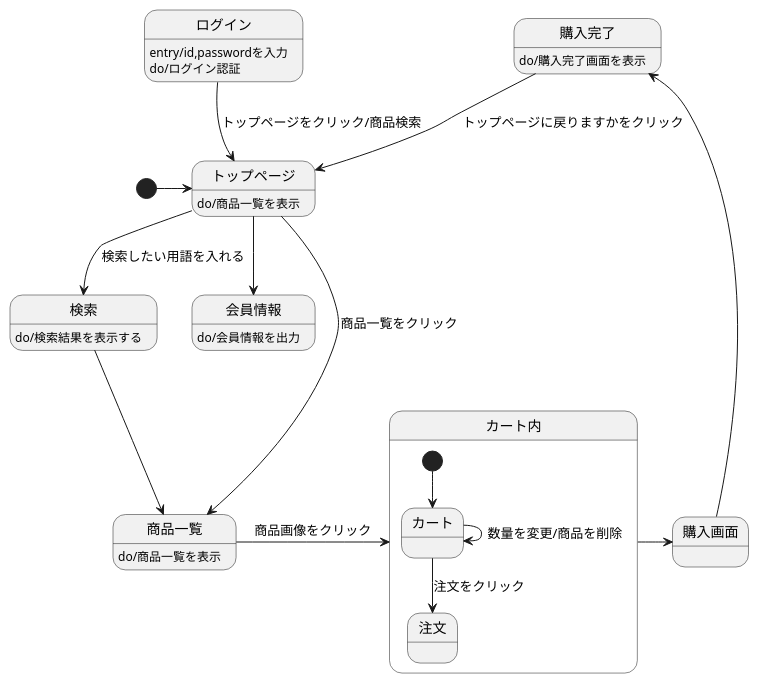
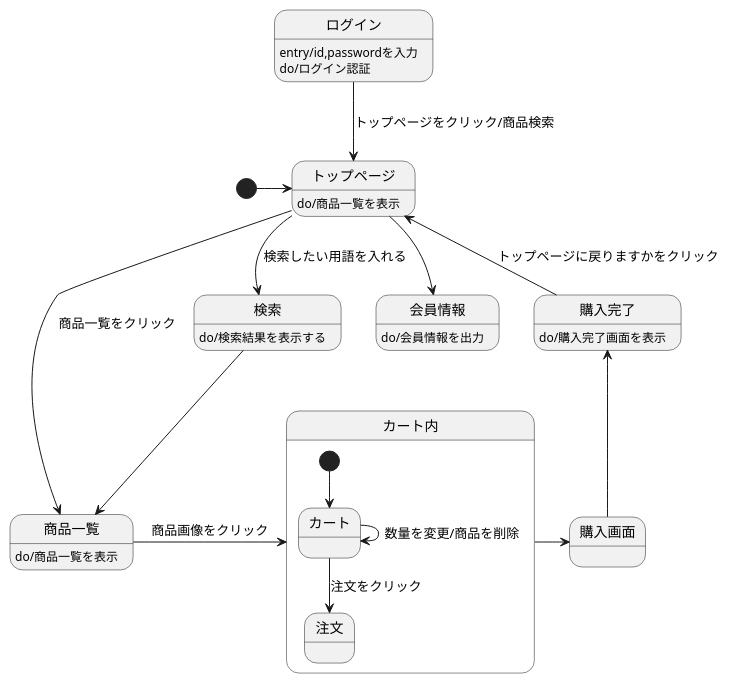
Before and after one commit to Aso2001224/2021sys-design: the diagram in 画面遷移図(original).md, drawn with PlantUML.

````diff
--- a/画面遷移図(original).md
+++ b/画面遷移図(original).md
@@ -1,25 +1,25 @@
 ```uml
 @startuml
 [*]->トップページ
 トップページ:do/商品一覧を表示
 ログイン-->トップページ:トップページをクリック/商品検索
 ログイン:entry/id,passwordを入力
 ログイン:do/ログイン認証
 トップページ-->会員情報
 会員情報:do/会員情報を出力
 トップページ-->検索 :検索したい用語を入れる
 検索:do/検索結果を表示する
 トップページ-->商品一覧 :商品一覧をクリック
 検索-->商品一覧
 商品一覧:do/商品一覧を表示
 商品一覧-right->カート内: 商品画像をクリック
 カート内-right-> 購入画面
 購入画面-up->購入完了
 購入完了:do/購入完了画面を表示
-購入完了-->トップページ: トップページに戻りますかをクリック
+購入完了-up->トップページ: トップページに戻りますかをクリック
 state カート内{
 [*]--> カート
 カート-down-> 注文: 注文をクリック
 カート->カート: 数量を変更/商品を削除
 @enduml
 ```
````
